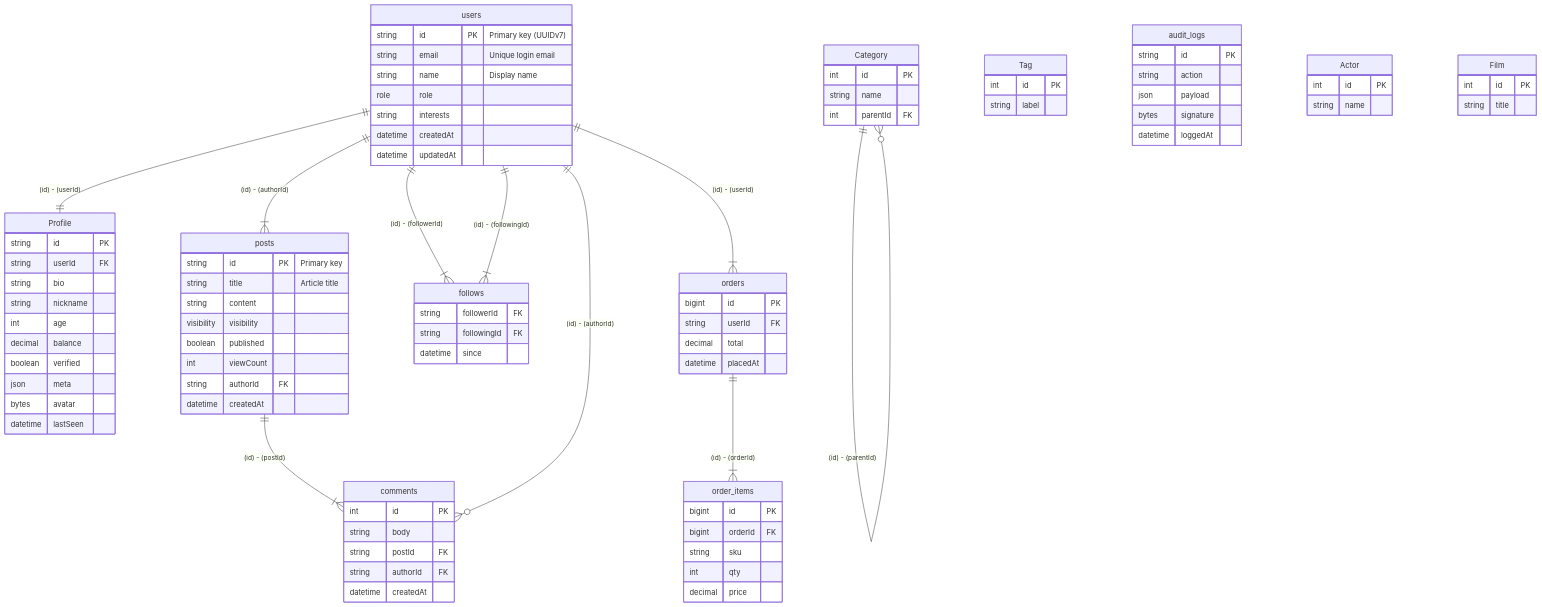
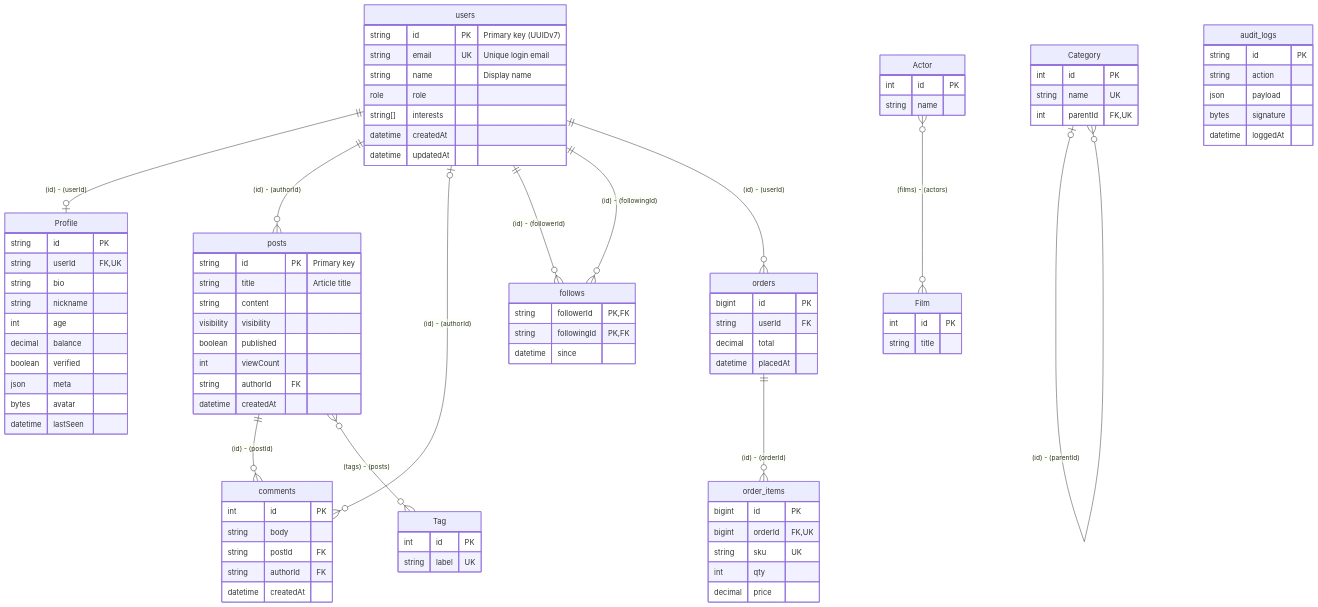
The diagram in example/generated/mermaid-er/ER.md (nakita628/hekireki), drawn with Mermaid before and after one commit. The commit also changed 40 other files, not shown here.

````diff
--- a/example/generated/mermaid-er/ER.md
+++ b/example/generated/mermaid-er/ER.md
@@ -1,26 +1,28 @@
 ```mermaid
 erDiagram
-    users ||--|| Profile : "(id) - (userId)"
-    users ||--}| posts : "(id) - (authorId)"
-    posts ||--}| comments : "(id) - (postId)"
-    users ||--}o comments : "(id) - (authorId)"
-    users ||--}| follows : "(id) - (followerId)"
-    users ||--}| follows : "(id) - (followingId)"
-    Category ||--}o Category : "(id) - (parentId)"
-    users ||--}| orders : "(id) - (userId)"
-    orders ||--}| order_items : "(id) - (orderId)"
+    users ||--o| Profile : "(id) - (userId)"
+    users ||--o{ posts : "(id) - (authorId)"
+    posts ||--o{ comments : "(id) - (postId)"
+    users |o--o{ comments : "(id) - (authorId)"
+    users ||--o{ follows : "(id) - (followerId)"
+    users ||--o{ follows : "(id) - (followingId)"
+    Category |o--o{ Category : "(id) - (parentId)"
+    users ||--o{ orders : "(id) - (userId)"
+    orders ||--o{ order_items : "(id) - (orderId)"
+    posts }o--o{ Tag : "(tags) - (posts)"
+    Actor }o--o{ Film : "(films) - (actors)"
     users {
         string id PK "Primary key (UUIDv7)"
-        string email "Unique login email"
+        string email UK "Unique login email"
         string name "Display name"
         role role
-        string interests
+        string[] interests
         datetime createdAt
         datetime updatedAt
     }
     Profile {
         string id PK
-        string userId FK
+        string userId FK, UK
         string bio
         string nickname
         int age
@@ -42,7 +44,7 @@
     }
     Tag {
         int id PK
-        string label
+        string label UK
     }
     comments {
         int id PK
@@ -52,14 +54,14 @@
         datetime createdAt
     }
     follows {
-        string followerId FK
-        string followingId FK
+        string followerId PK, FK
+        string followingId PK, FK
         datetime since
     }
     Category {
         int id PK
-        string name
-        int parentId FK
+        string name UK
+        int parentId FK, UK
     }
     orders {
         bigint id PK
@@ -69,8 +71,8 @@
     }
     order_items {
         bigint id PK
-        bigint orderId FK
-        string sku
+        bigint orderId FK, UK
+        string sku UK
         int qty
         decimal price
     }
````
